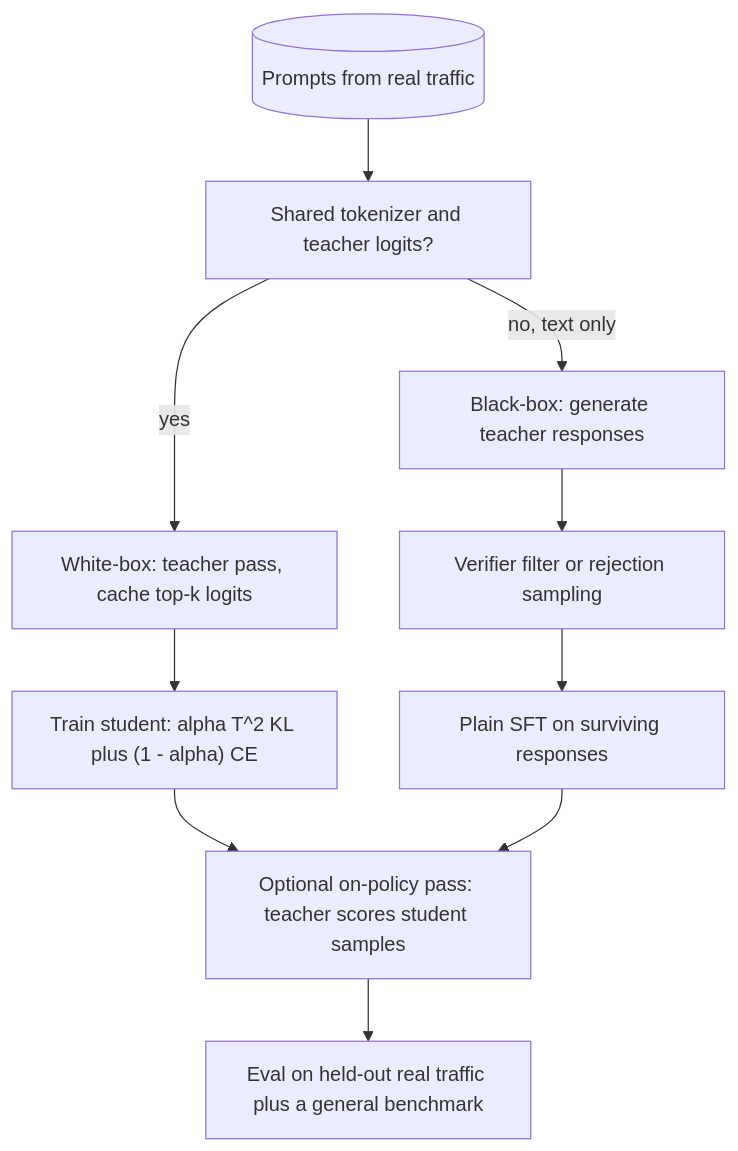
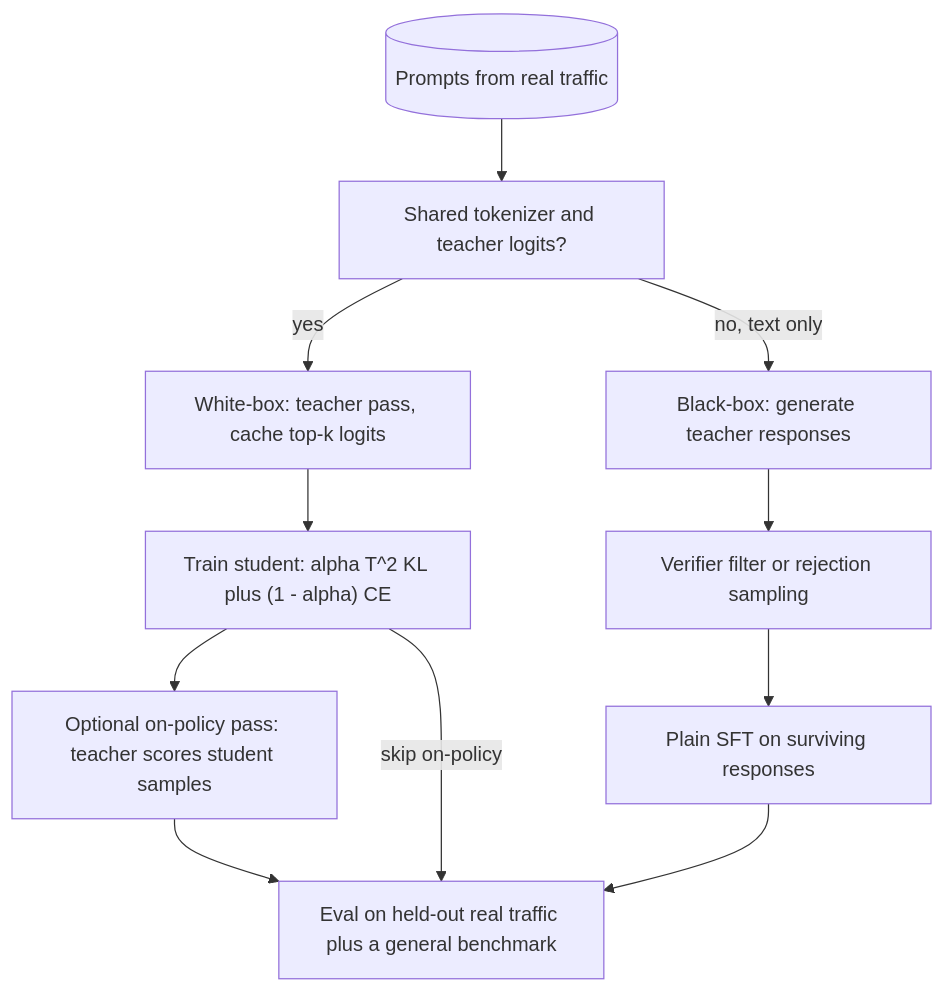
Before and after one commit to lovishmahajan97/agentic-learning: the diagram in content/training-adaptation/knowledge-distillation.md, drawn with Mermaid. The commit also changed other lines of this file and 278 other files, not shown here.

````diff
--- a/content/training-adaptation/knowledge-distillation.md
+++ b/content/training-adaptation/knowledge-distillation.md
@@ -137,12 +138,13 @@
 ```mermaid
 flowchart TD
     P[("Prompts from real traffic")] --> Q["Shared tokenizer and teacher logits?"]
     Q -->|"yes"| WB["White-box: teacher pass, cache top-k logits"]
     Q -->|"no, text only"| BB["Black-box: generate teacher responses"]
     WB --> KD["Train student: alpha T^2 KL plus (1 - alpha) CE"]
     BB --> F["Verifier filter or rejection sampling"]
     F --> SFT["Plain SFT on surviving responses"]
     KD --> OP["Optional on-policy pass: teacher scores student samples"]
-    SFT --> OP
     OP --> E["Eval on held-out real traffic plus a general benchmark"]
+    KD -->|"skip on-policy"| E
+    SFT --> E
 ```
````
